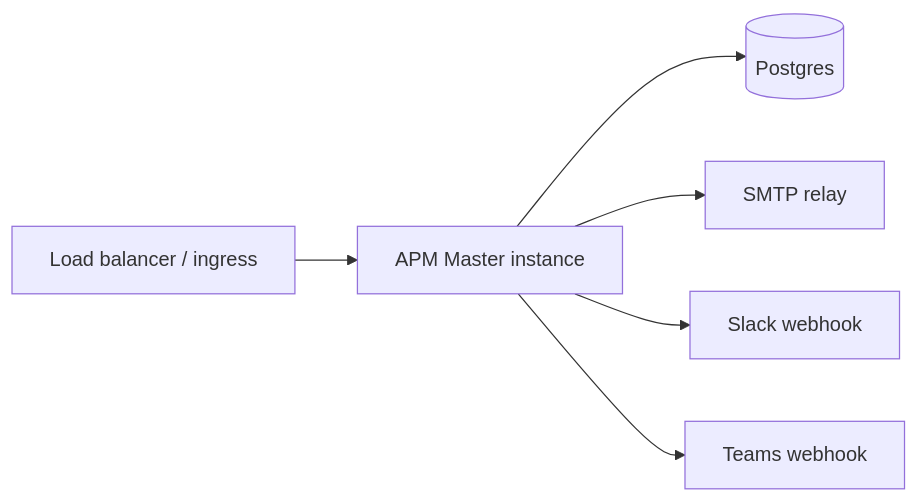
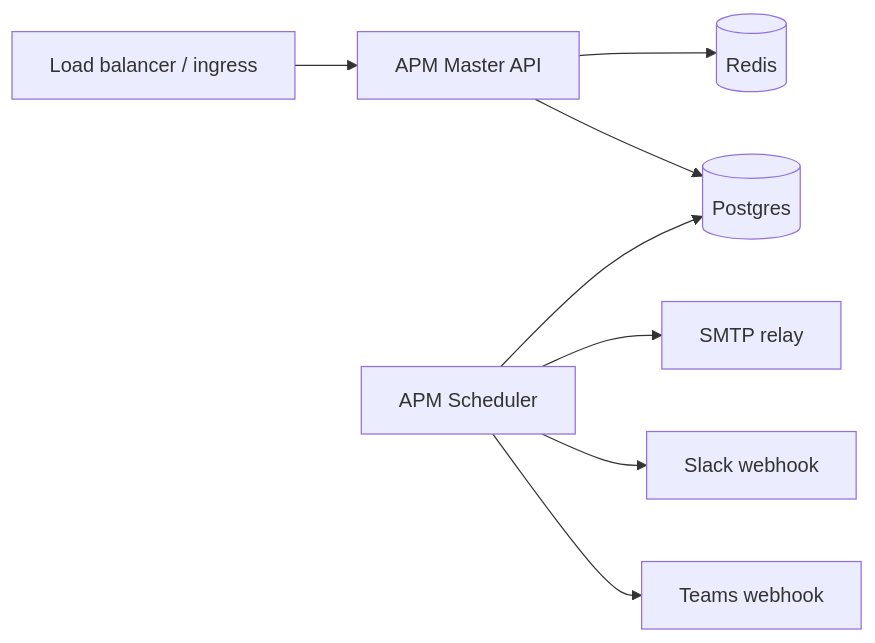
One commit to Maitrimodii/apm_master changed the sixth of 6 diagrams in ARCHITECTURE.md. Above: the diagram before and after it, drawn with Mermaid. The commit also changed other lines of this file and 1 other file, not shown here.

Commit message:
feat: add background scheduler for telemetry retention and implement Redis-backed API rate limiting

````diff
--- a/ARCHITECTURE.md
+++ b/ARCHITECTURE.md
@@ -326,8 +334,10 @@
 ```mermaid
 flowchart LR
-    LB[Load balancer / ingress] --> APP1[APM Master instance]
+    LB[Load balancer / ingress] --> APP1[APM Master API]
+    APP1 --> CACHE[(Redis)]
     APP1 --> DB[(Postgres)]
-    APP1 --> SMTP[SMTP relay]
-    APP1 --> Slack[Slack webhook]
-    APP1 --> Teams[Teams webhook]
+    APP2[APM Scheduler] --> DB
+    APP2 --> SMTP[SMTP relay]
+    APP2 --> Slack[Slack webhook]
+    APP2 --> Teams[Teams webhook]
 ```
````
